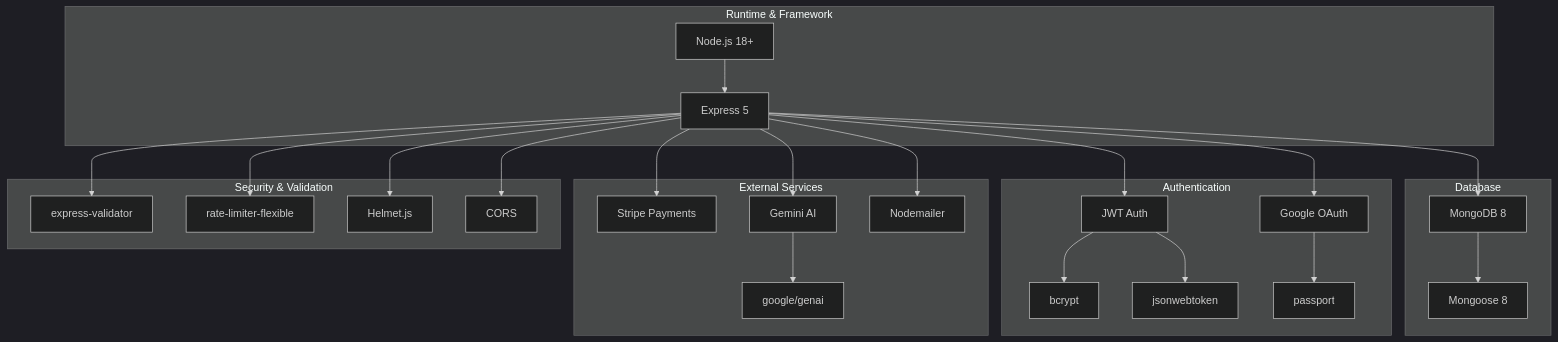
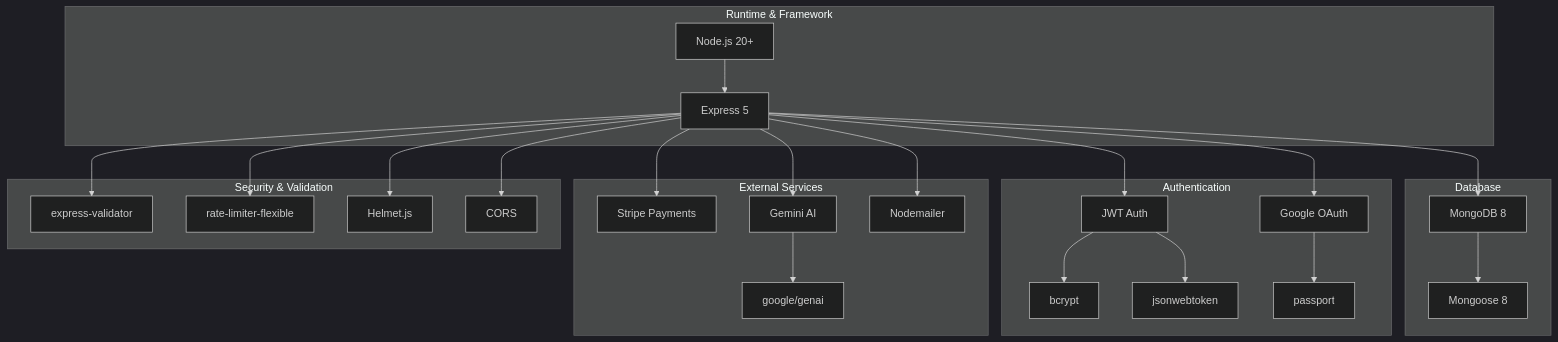
Before and after one commit to dipandhali2021/DXTalent: the fourth of 16 diagrams in README.md, drawn with Mermaid (dark theme). The commit also changed other lines of this file and 1 other file, not shown here.

````diff
--- a/README.md
+++ b/README.md
@@ -277,51 +277,51 @@
 ```mermaid
 graph TB
     subgraph "Runtime & Framework"
-        A[Node.js 18+]
+        A[Node.js 20+]
         B[Express 5]
     end
 
     subgraph "Database"
         C[MongoDB 8]
         H[Mongoose 8]
     end
 
     subgraph "Authentication"
         D[JWT Auth]
         I[bcrypt]
         J[jsonwebtoken]
         E[Google OAuth]
         K[passport]
     end
 
     subgraph "External Services"
         F[Stripe Payments]
         G[Gemini AI]
         L[google/genai]
         M[Nodemailer]
     end
 
     subgraph "Security & Validation"
         N[express-validator]
         O[rate-limiter-flexible]
         P[Helmet.js]
         Q[CORS]
     end
 
     A --> B
     B --> C
     C --> H
     B --> D
     D --> I
     D --> J
     B --> E
     E --> K
     B --> F
     B --> G
     G --> L
     B --> M
     B --> N
     B --> O
     B --> P
     B --> Q
 ```
````
